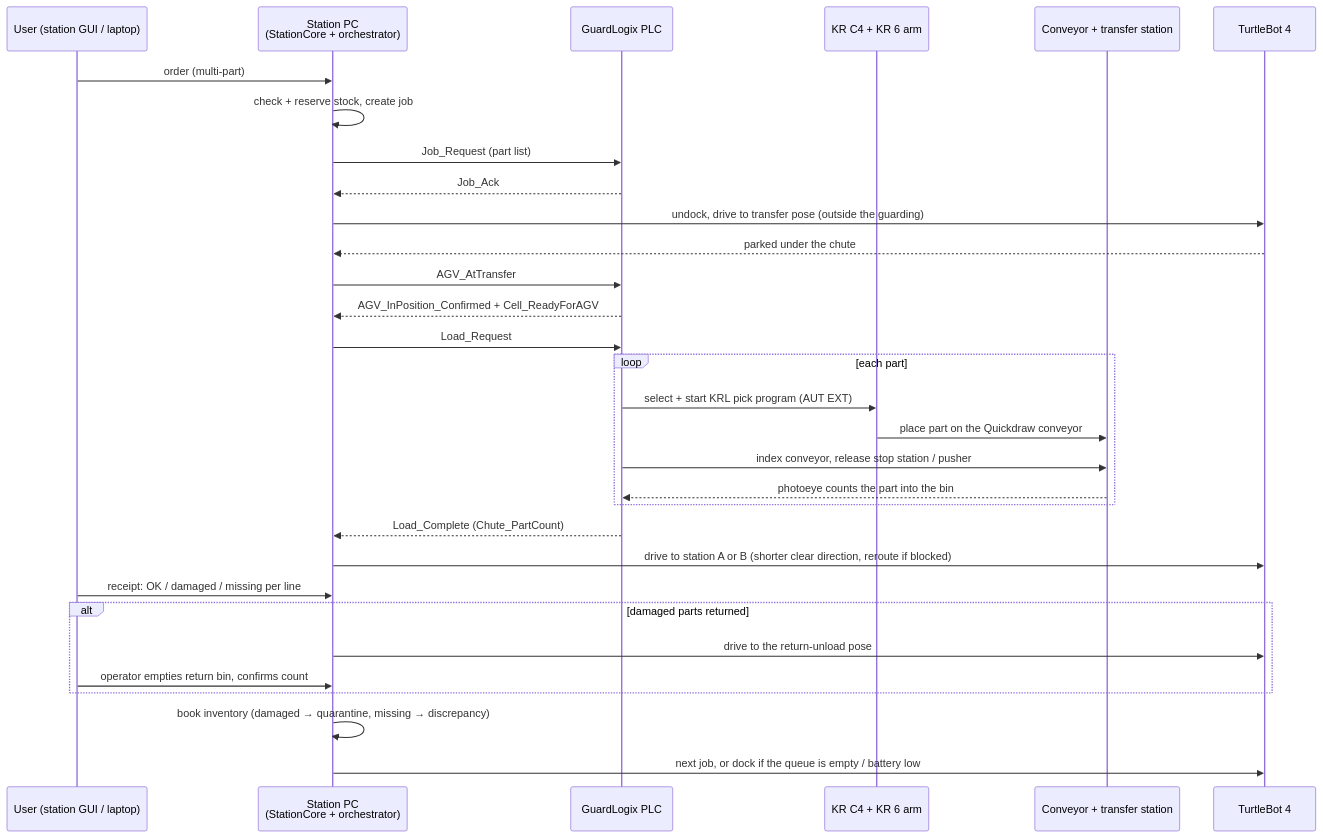
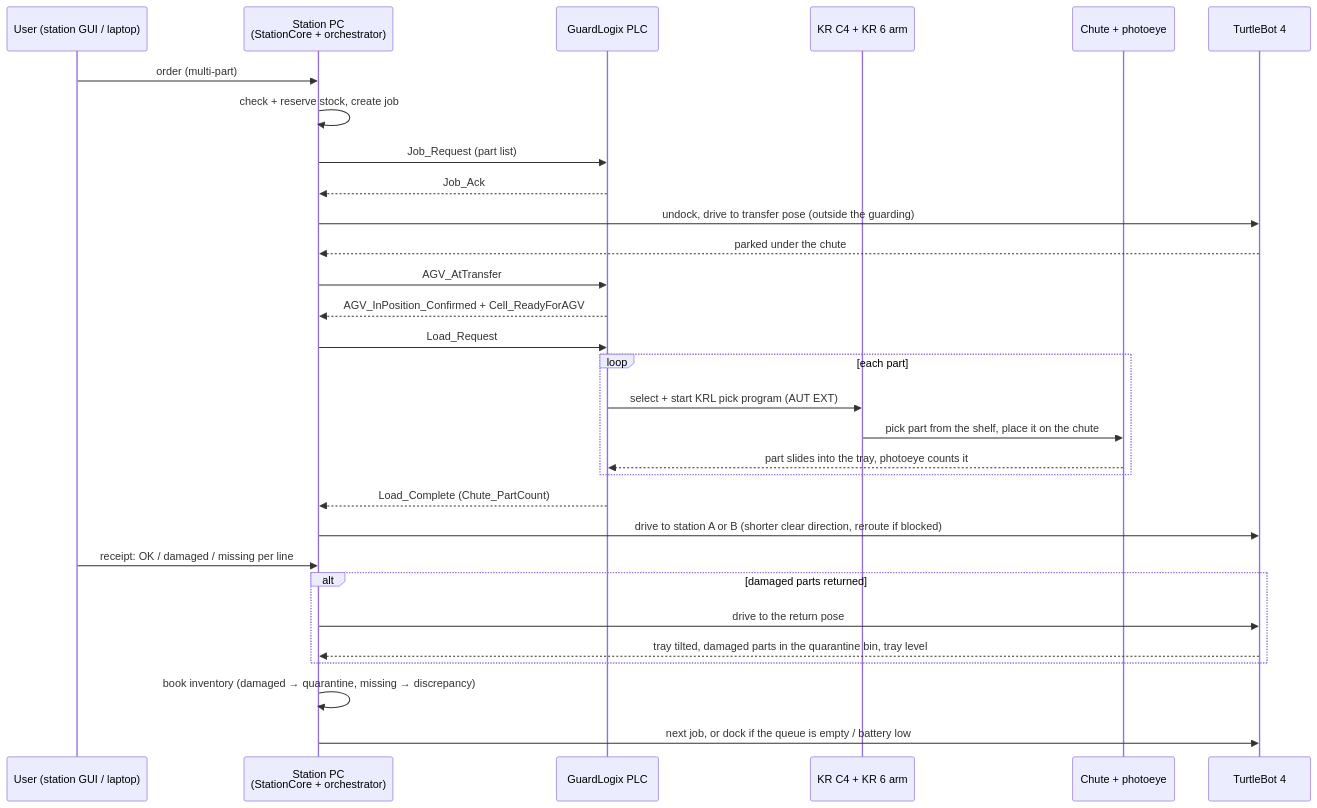
The diagram in README.md (CDJ7/APEx-2.0), drawn with Mermaid before and after one commit. The commit also changed other lines of this file and 9 other files, not shown here.

First line of the commit message:
Transfer redesign: KUKA places parts from a shelf onto a chute, no conveyor

````diff
--- a/README.md
+++ b/README.md
@@ -44,33 +44,32 @@
 ```mermaid
 sequenceDiagram
     participant U as User (station GUI / laptop)
     participant S as Station PC<br/>(StationCore + orchestrator)
     participant P as GuardLogix PLC
     participant K as KR C4 + KR 6 arm
-    participant X as Conveyor + transfer station
+    participant X as Chute + photoeye
     participant T as TurtleBot 4
     U->>S: order (multi-part)
     S->>S: check + reserve stock, create job
     S->>P: Job_Request (part list)
     P-->>S: Job_Ack
     S->>T: undock, drive to transfer pose (outside the guarding)
     T-->>S: parked under the chute
     S->>P: AGV_AtTransfer
     P-->>S: AGV_InPosition_Confirmed + Cell_ReadyForAGV
     S->>P: Load_Request
     loop each part
         P->>K: select + start KRL pick program (AUT EXT)
-        K->>X: place part on the Quickdraw conveyor
-        P->>X: index conveyor, release stop station / pusher
-        X-->>P: photoeye counts the part into the bin
+        K->>X: pick part from the shelf, place it on the chute
+        X-->>P: part slides into the tray, photoeye counts it
     end
     P-->>S: Load_Complete (Chute_PartCount)
     S->>T: drive to station A or B (shorter clear direction, reroute if blocked)
     U->>S: receipt: OK / damaged / missing per line
     alt damaged parts returned
-        S->>T: drive to the return-unload pose
-        U->>S: operator empties return bin, confirms count
+        S->>T: drive to the return pose
+        T-->>S: tray tilted, damaged parts in the quarantine bin, tray level
     end
     S->>S: book inventory (damaged → quarantine, missing → discrepancy)
     S->>T: next job, or dock if the queue is empty / battery low
 ```
````
